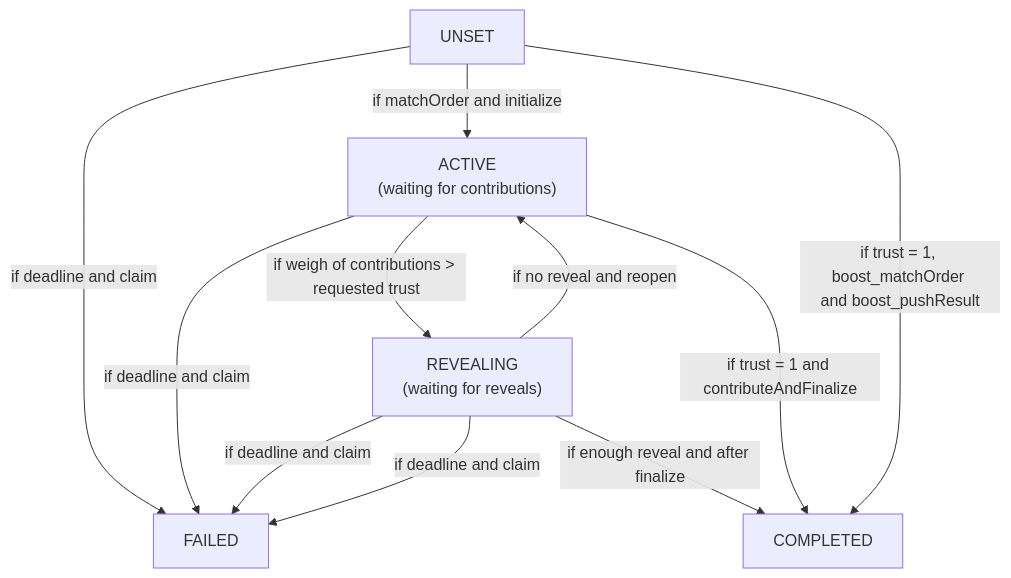
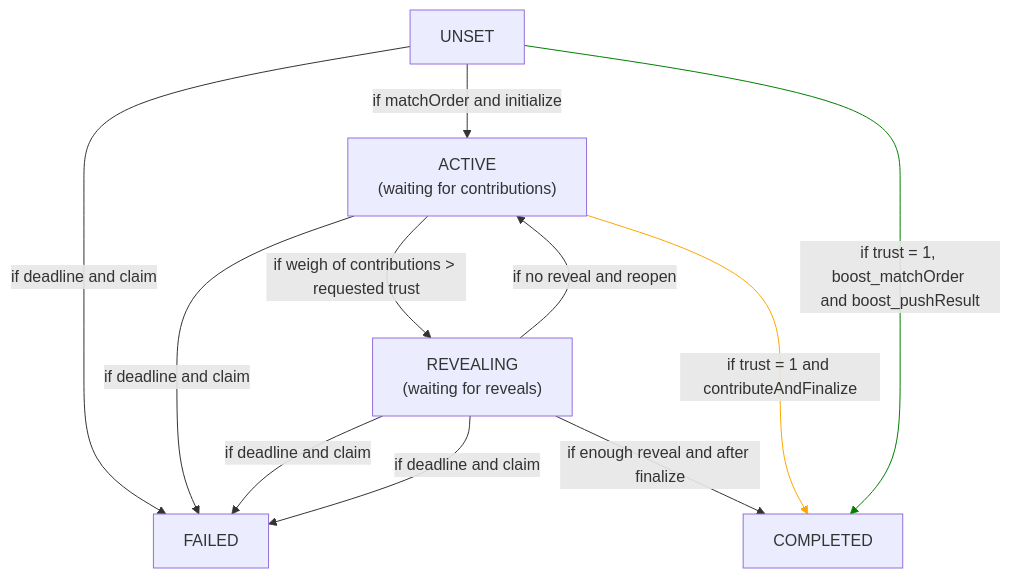
Before and after one commit to iExecBlockchainComputing/PoCo: the first of 2 diagrams in uml/statuses.md, drawn with Mermaid. The commit also changed other lines of this file, not shown here.

Commit message:
Add colors on flows

````diff
--- a/uml/statuses.md
+++ b/uml/statuses.md
@@ -8,13 +8,15 @@
 ```mermaid
 flowchart TB
 	UNSET --> |if deadline and claim| FAILED
 	UNSET --> |if matchOrder and initialize| ACTIVE
 	ACTIVE["ACTIVE <br> (waiting for contributions)"] --> |if weigh of contributions > requested trust| REVEALING
 	ACTIVE --> |if deadline and claim| FAILED
 	REVEALING["REVEALING <br> (waiting for reveals)"] --> |if deadline and claim| FAILED
 	REVEALING --> |if deadline and claim| FAILED
     REVEALING --> |if no reveal and reopen| ACTIVE
 	REVEALING --> |if enough reveal and after finalize| COMPLETED
-        ACTIVE --> |if trust = 1 and contributeAndFinalize| COMPLETED
+    ACTIVE --> |if trust = 1 and contributeAndFinalize| COMPLETED
+    linkStyle 8 stroke:orange
     UNSET --> |if trust = 1, boost_matchOrder <br>and boost_pushResult| COMPLETED
+    linkStyle 9 stroke:green
 ```
````
